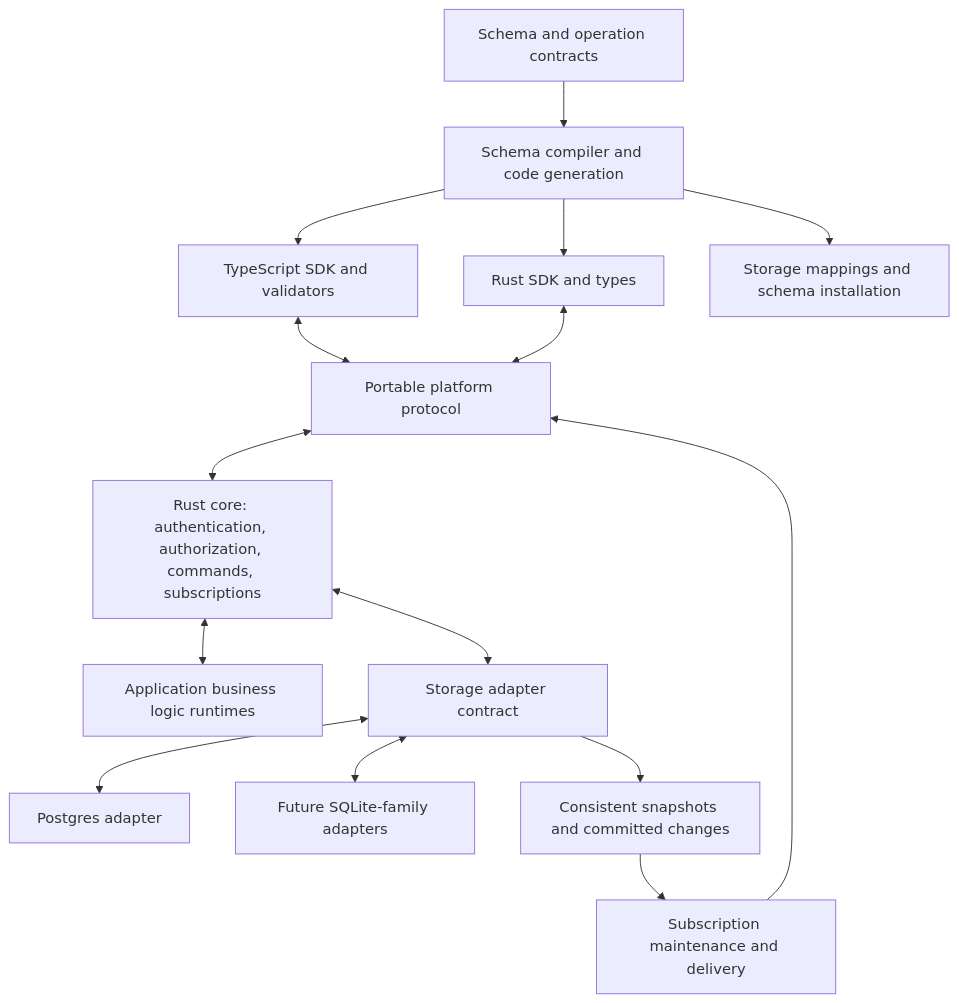
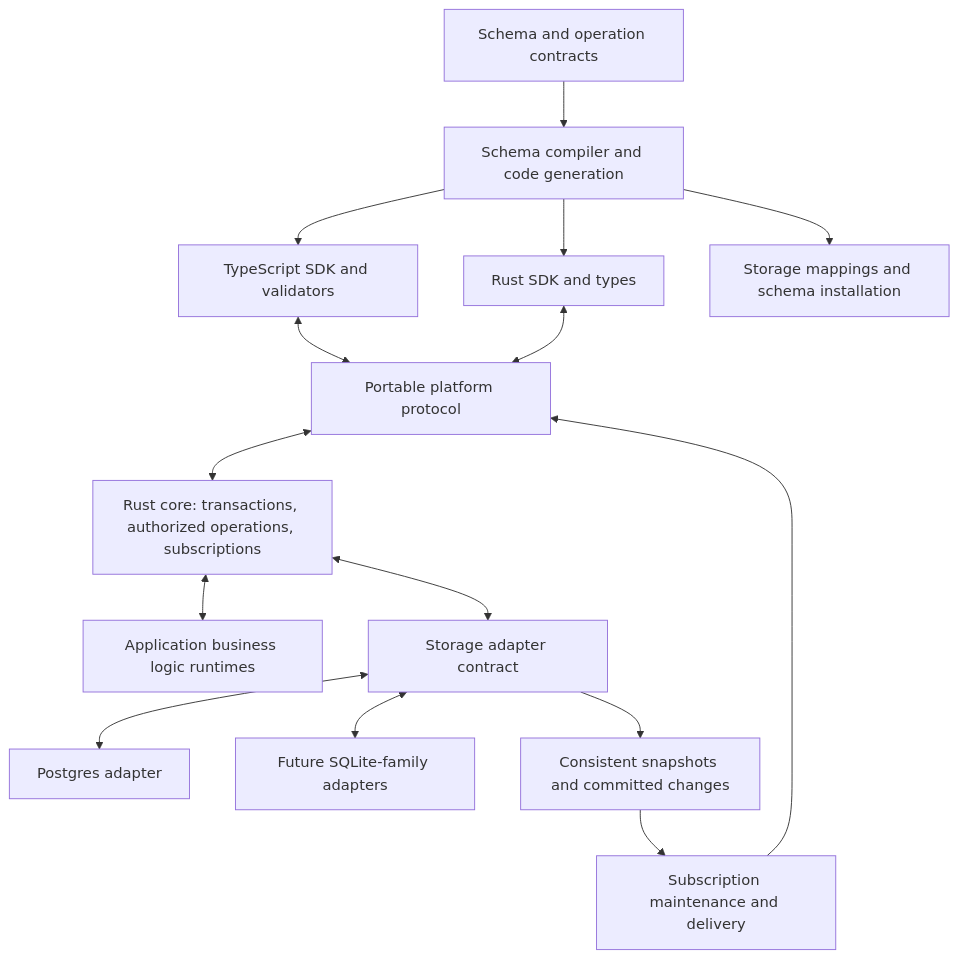
One commit to hulladev/db changed the diagram in docs/architecture.md. Above: the diagram before and after it, drawn with Mermaid. The commit also changed other lines of this file and 56 other files, not shown here.

````diff
--- a/docs/architecture.md
+++ b/docs/architecture.md
@@ -183,17 +505,17 @@
 ```mermaid
 flowchart TB
     Schema["Schema and operation contracts"] --> Compiler["Schema compiler and code generation"]
     Compiler --> TS["TypeScript SDK and validators"]
     Compiler --> RS["Rust SDK and types"]
     Compiler --> DBDef["Storage mappings and schema installation"]
     TS <--> Protocol["Portable platform protocol"]
     RS <--> Protocol
-    Protocol <--> Core["Rust core: authentication, authorization, commands, subscriptions"]
+    Protocol <--> Core["Rust core: transactions, authorized operations, subscriptions"]
     Core <--> Runtime["Application business logic runtimes"]
     Core <--> Storage["Storage adapter contract"]
     Storage <--> PG["Postgres adapter"]
     Storage <--> Future["Future SQLite-family adapters"]
     Storage --> Feed["Consistent snapshots and committed changes"]
     Feed --> Subscriptions["Subscription maintenance and delivery"]
     Subscriptions --> Protocol
 ```
````
